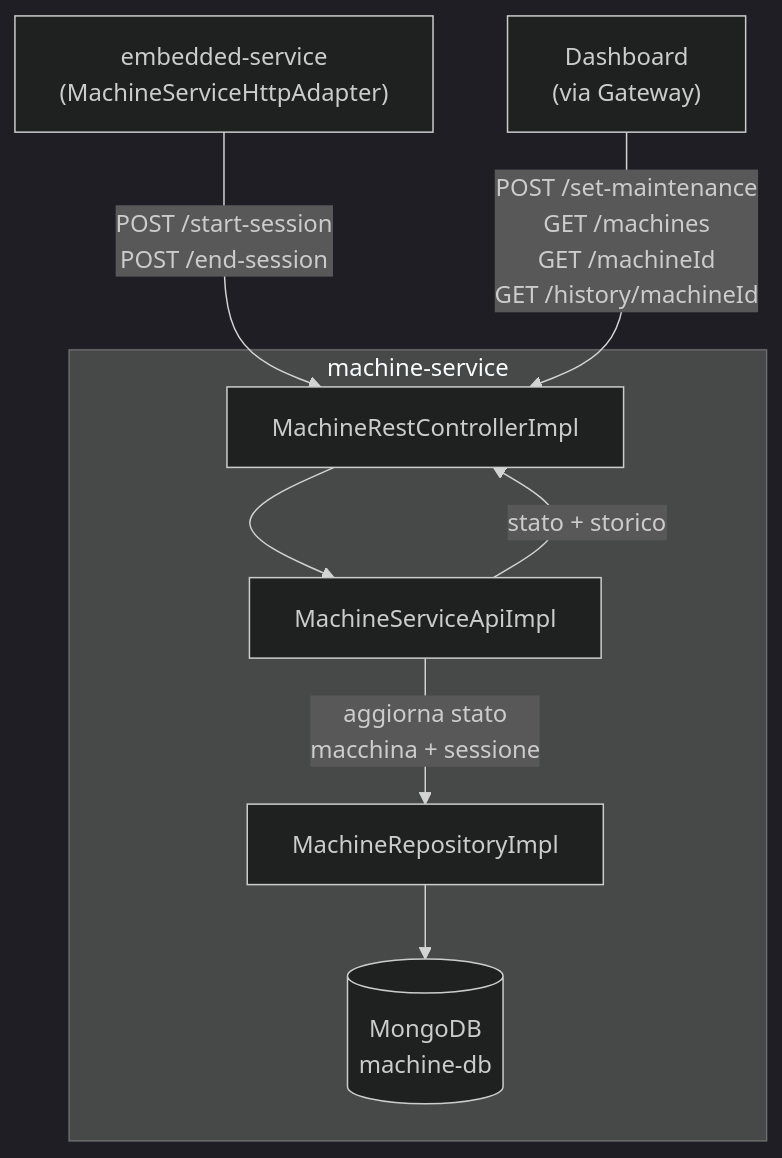
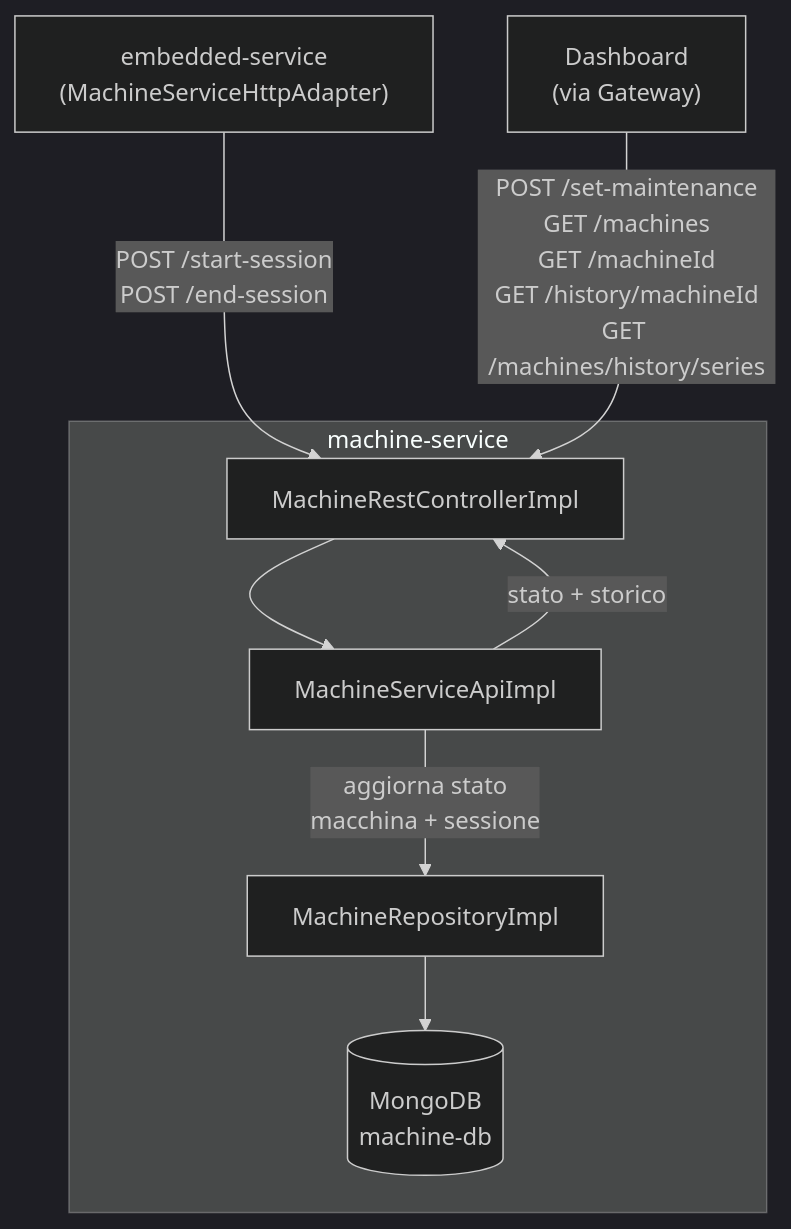
Before and after one commit to piertv21/SmartGym-Monitor: the seventh of 10 diagrams in docs/report/Implementation.md, drawn with Mermaid (dark theme). The commit also changed other lines of this file and 1 other file, not shown here.

````diff
--- a/docs/report/Implementation.md
+++ b/docs/report/Implementation.md
@@ -200,13 +202,13 @@
 ```mermaid
 flowchart TD
     EMB["embedded-service\n(MachineServiceHttpAdapter)"] -->|"POST /start-session\nPOST /end-session"| CTRL["MachineRestControllerImpl"]
 
     subgraph machine-service
         CTRL --> API["MachineServiceApiImpl"]
         API -->|"aggiorna stato\nmacchina + sessione"| REPO["MachineRepositoryImpl"]
         REPO --> DB[(MongoDB\nmachine-db)]
     end
 
-    DASH["Dashboard\n(via Gateway)"] -->|"POST /set-maintenance\nGET /machines\nGET /machineId\nGET /history/machineId"| CTRL
+    DASH["Dashboard\n(via Gateway)"] -->|"POST /set-maintenance\nGET /machines\nGET /machineId\nGET /history/machineId\nGET /machines/history/series"| CTRL
     API -->|"stato + storico"| CTRL
 ```
````
